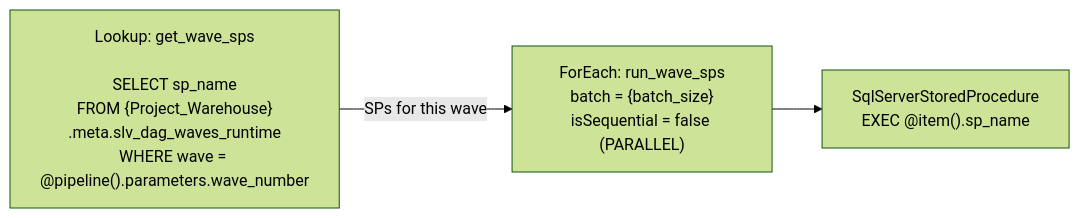
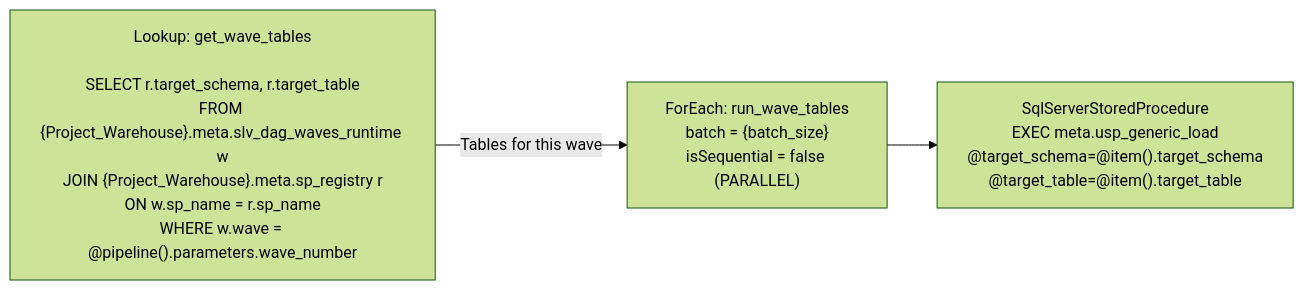
Before and after one commit to ankinguyen-engineer-2002/Fabric-v9-Warehouse-Medallion: the fifth of 13 diagrams in Fabric_Architect/template_architecture.md, drawn with Mermaid (forest theme). The commit also changed other lines of this file and 7 other files, not shown here.

First line of the commit message:
Generic SP migration: 28 per-table SPs → 1 meta.usp_generic_load

````diff
--- a/Fabric_Architect/template_architecture.md
+++ b/Fabric_Architect/template_architecture.md
@@ -227,11 +219,11 @@
 ```mermaid
 flowchart LR
-    L["Lookup: get_wave_sps\n\nSELECT sp_name\nFROM {Project_Warehouse}\n.meta.slv_dag_waves_runtime\nWHERE wave = @pipeline().parameters.wave_number"]
+    L["Lookup: get_wave_tables\n\nSELECT r.target_schema, r.target_table\nFROM {Project_Warehouse}.meta.slv_dag_waves_runtime w\nJOIN {Project_Warehouse}.meta.sp_registry r\nON w.sp_name = r.sp_name\nWHERE w.wave = @pipeline().parameters.wave_number"]
 
-    F["ForEach: run_wave_sps\nbatch = {batch_size}\nisSequential = false (PARALLEL)"]
+    F["ForEach: run_wave_tables\nbatch = {batch_size}\nisSequential = false (PARALLEL)"]
 
-    SP["SqlServerStoredProcedure\nEXEC @item().sp_name"]
+    SP["SqlServerStoredProcedure\nEXEC meta.usp_generic_load\n@target_schema=@item().target_schema\n@target_table=@item().target_table"]
 
-    L -->|"SPs for this wave"| F
+    L -->|"Tables for this wave"| F
     F --> SP
 ```
````
